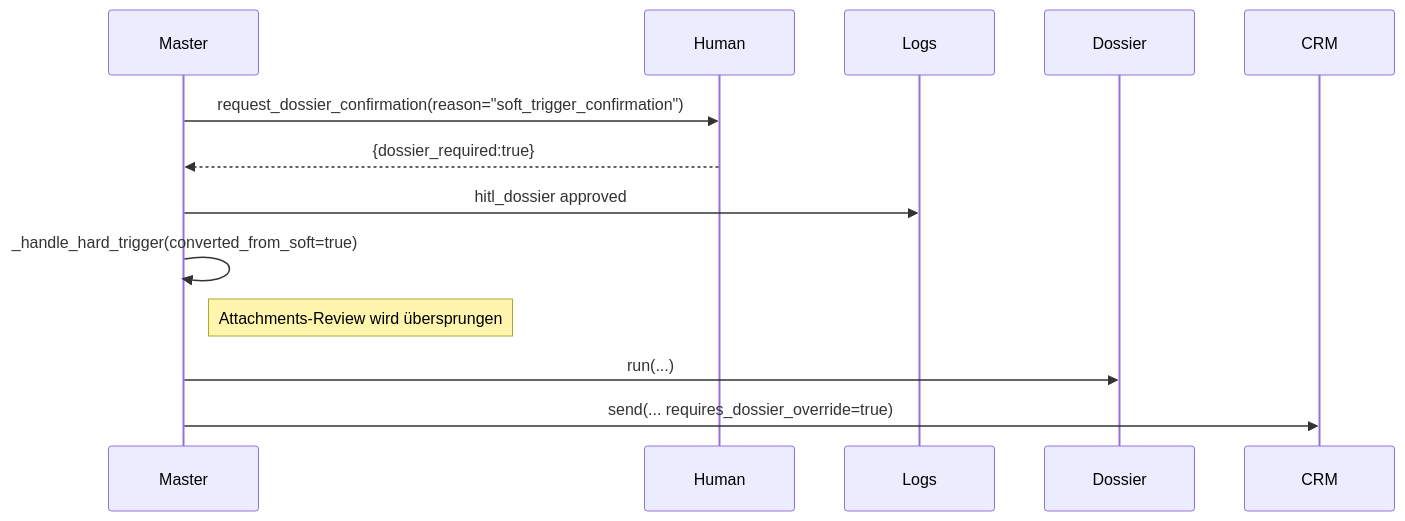
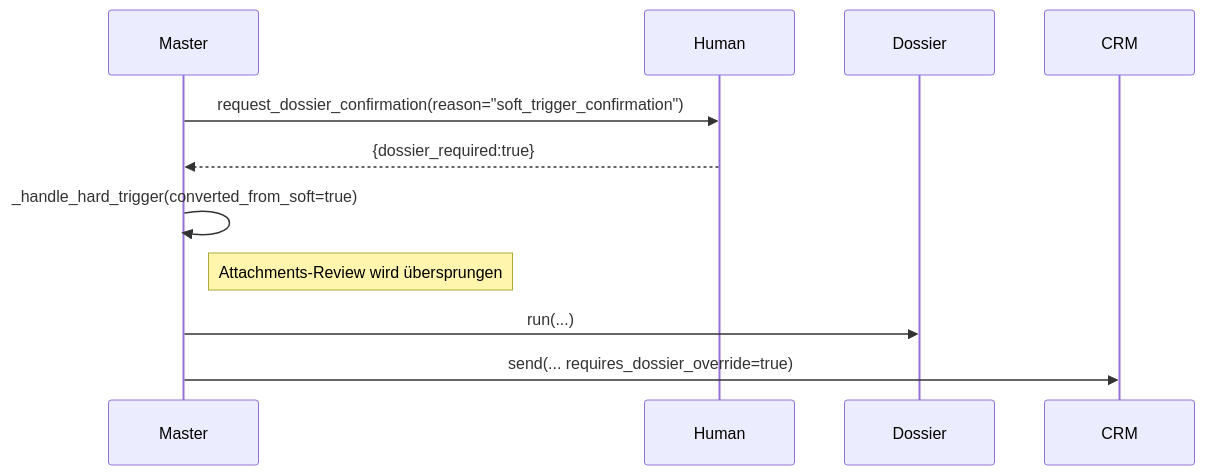
Before and after one commit to KonstantinData/Lead-Market-Insights: the fourth of 8 diagrams in docs/hubspot_dossier_audit.md, drawn with Mermaid. The commit also changed other lines of this file, not shown here.

Commit message:
Refine HubSpot dossier audit to match spec

````diff
--- a/docs/hubspot_dossier_audit.md
+++ b/docs/hubspot_dossier_audit.md
@@ -89,10 +90,9 @@
 ```mermaid
 sequenceDiagram
     Master->>Human: request_dossier_confirmation(reason="soft_trigger_confirmation")
     Human-->>Master: {dossier_required:true}
-    Master->>Logs: hitl_dossier approved
     Master->>Master: _handle_hard_trigger(converted_from_soft=true)
     Note right of Master: Attachments-Review wird übersprungen
     Master->>Dossier: run(...)
     Master->>CRM: send(... requires_dossier_override=true)
 ```
````
